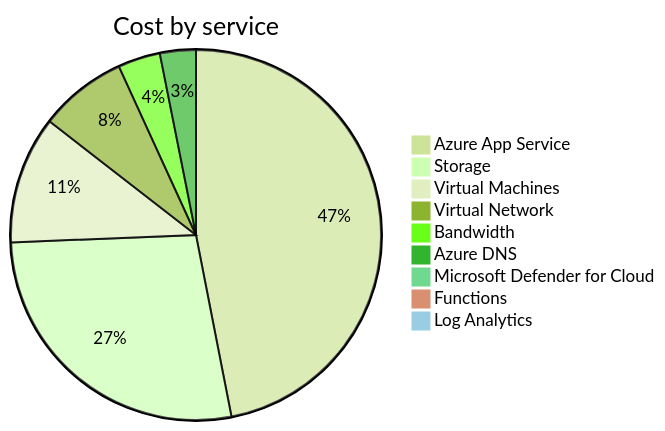
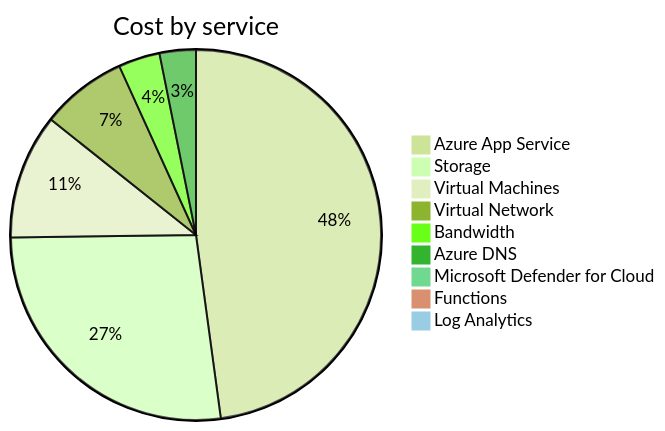
One commit to jpfulton/azure-personal-reports changed the second of 4 diagrams in cost-reports/accumulated-cost.md. Above: the diagram before and after it, drawn with Mermaid (forest theme). The commit also changed other lines of this file and 4 other files, not shown here.

````diff
--- a/cost-reports/accumulated-cost.md
+++ b/cost-reports/accumulated-cost.md
@@ -103,13 +103,13 @@
 ```mermaid
 pie
    title Cost by service
-   "Azure App Service" : 15.12
-   "Storage" : 8.84
+   "Azure App Service" : 15.73
+   "Storage" : 8.85
    "Virtual Machines" : 3.59
    "Virtual Network" : 2.47
    "Bandwidth" : 1.19
-   "Azure DNS" : 1.01
+   "Azure DNS" : 1.04
    "Microsoft Defender for Cloud" : 0.10
    "Functions" : 0.00
    "Log Analytics" : 0.00
 ```
````
